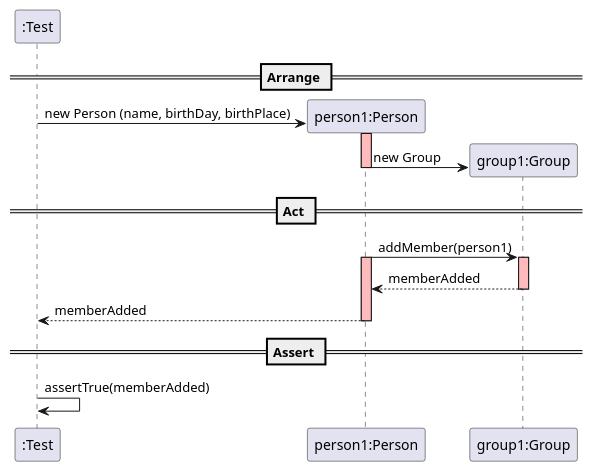
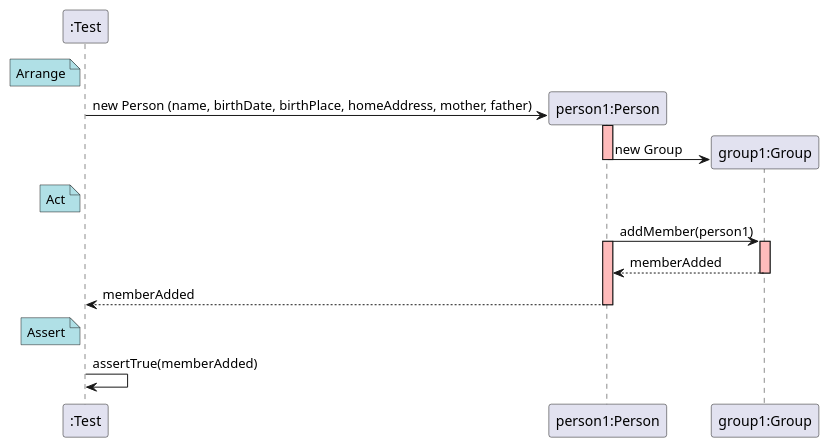
The diagram in docs/SequenceDiagram - US003.puml (mleitaoribeiro/DevOpsMaven), drawn with PlantUML before and after one commit. The commit also changed 2 other files, not shown here.

```diff
--- a/docs/SequenceDiagram - US003.puml
+++ b/docs/SequenceDiagram - US003.puml
@@ -1,31 +1,37 @@
 @startuml
 
 create ":Test"
 
-== Arrange ==
+note left of ":Test" #powderblue
+	Arrange
+end note
 
 create "person1:Person"
-":Test" -> "person1:Person" : new Person (name, birthDay, birthPlace)
+":Test" -> "person1:Person" : new Person (name, birthDate, birthPlace, homeAddress, mother, father)
 activate "person1:Person" #FFBBBB
 
 create "group1:Group"
 "group1:Group" <- "person1:Person" : new Group
 deactivate "person1:Person" #FFBBBB
 
-== Act ==
+note left of ":Test" #powderblue
+	Act
+end note
 
 "person1:Person" -> "group1:Group" : addMember(person1)
 activate "group1:Group" #FFBBBB
 activate "person1:Person" #FFBBBB
 
 "group1:Group" --> "person1:Person": memberAdded
 deactivate  "group1:Group" #FFBBBB
 
 "person1:Person" --> ":Test" : memberAdded
 deactivate  "person1:Person" #FFBBBB
 
-== Assert ==
+note left of ":Test" #powderblue
+	Assert
+end note
 
 ":Test" -> ":Test" : assertTrue(memberAdded)
 
 @enduml
```
